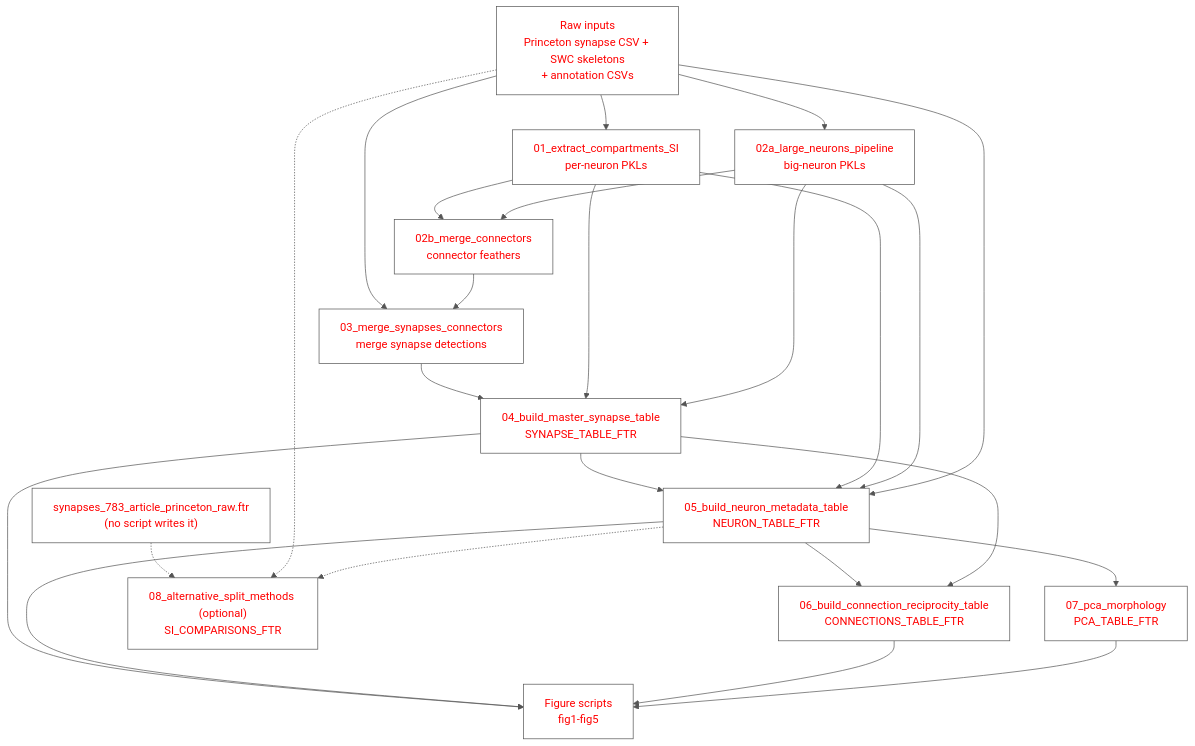
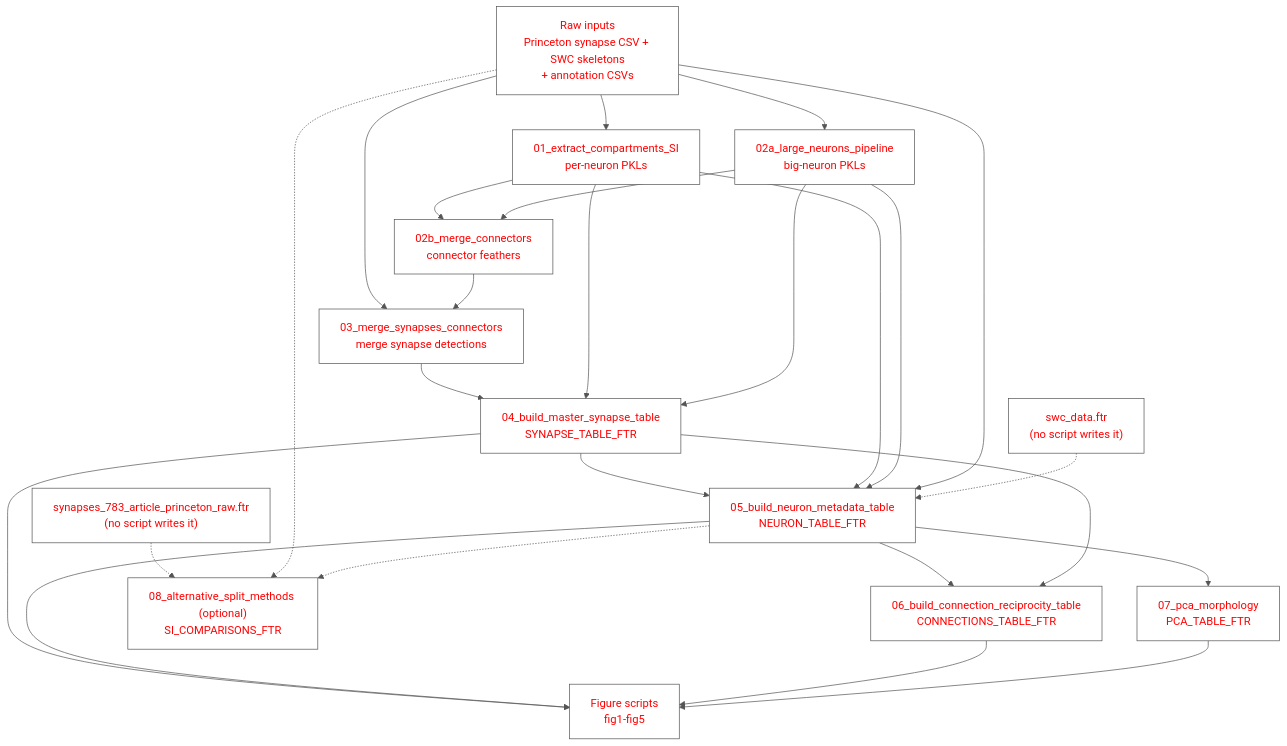
The diagram in docs/pipeline_overview.md (deutschlab/mixed-polarity-paper), drawn with Mermaid before and after one commit. The commit also changed other lines of this file and 4 other files, not shown here.

````diff
--- a/docs/pipeline_overview.md
+++ b/docs/pipeline_overview.md
@@ -14,39 +14,40 @@
 ```mermaid
 %%{init: {'theme': 'base', 'themeVariables': {'primaryColor': '#ffffff', 'primaryTextColor': '#ff0000', 'primaryBorderColor': '#555555', 'lineColor': '#555555'}}}%%
 flowchart TD
     RAW["Raw inputs\nPrinceton synapse CSV + SWC skeletons\n+ annotation CSVs"]
     S01["01_extract_compartments_SI\nper-neuron PKLs"]
     S02A["02a_large_neurons_pipeline\nbig-neuron PKLs"]
     S02B["02b_merge_connectors\nconnector feathers"]
     S03["03_merge_synapses_connectors\nmerge synapse detections"]
     S04["04_build_master_synapse_table\nSYNAPSE_TABLE_FTR"]
     S05["05_build_neuron_metadata_table\nNEURON_TABLE_FTR"]
     S06["06_build_connection_reciprocity_table\nCONNECTIONS_TABLE_FTR"]
     S07["07_pca_morphology\nPCA_TABLE_FTR"]
     S08["08_alternative_split_methods (optional)\nSI_COMPARISONS_FTR"]
     FIGS["Figure scripts\nfig1-fig5"]
 
     RAW --> S01
     RAW --> S02A
     S01 --> S02B
     S02A --> S02B
     RAW --> S03
     S02B --> S03
     S03 --> S04
     S01 --> S04
     S02A --> S04
     S04 --> S05
     S01 --> S05
     S02A --> S05
     RAW --> S05
     S05 --> S06
     S04 --> S06
     S05 --> S07
     S04 --> FIGS
     S05 --> FIGS
     S06 --> FIGS
     S07 --> FIGS
     SYNRAW["synapses_783_article_princeton_raw.ftr\n(no script writes it)"] -.-> S08
+    SWCDATA["swc_data.ftr\n(no script writes it)"] -.-> S05
     RAW -.-> S08
     S05 -.-> S08
 ```
````
